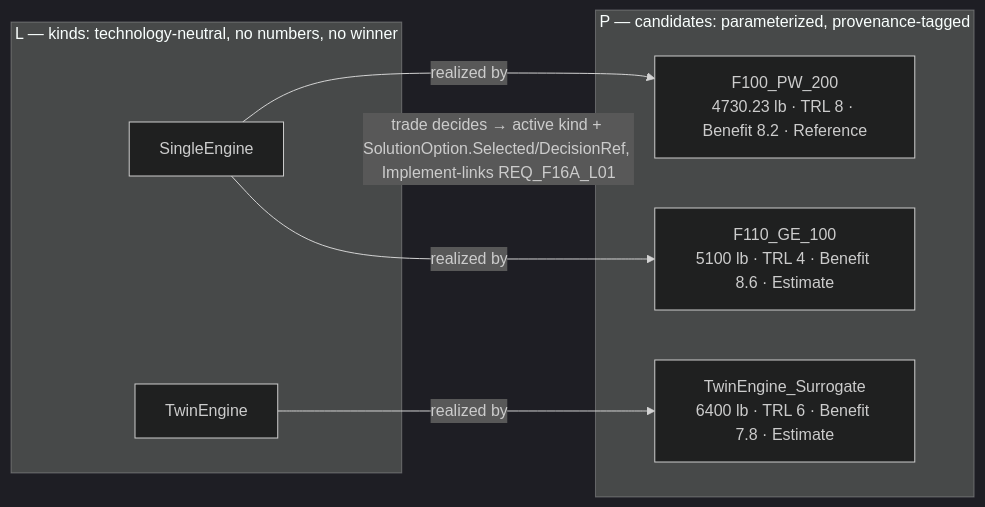
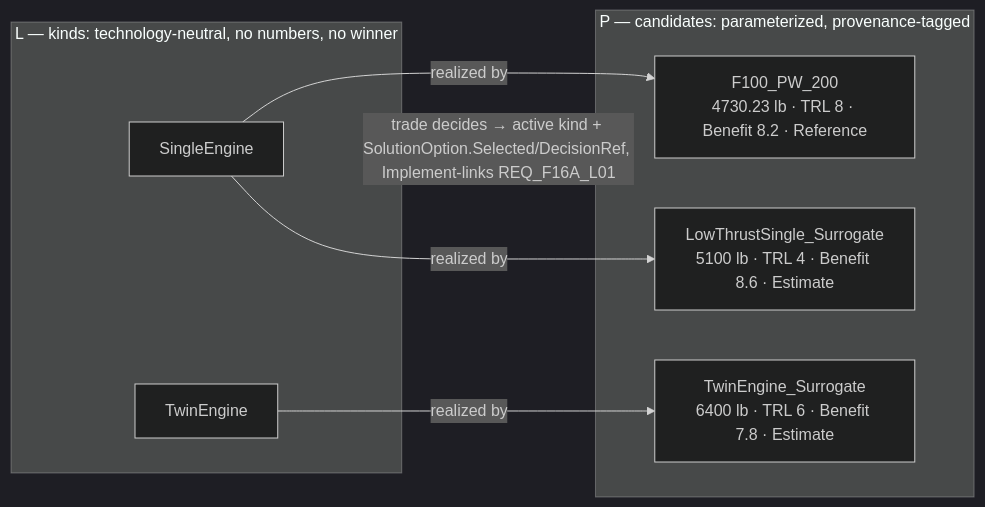
The diagram in air_vehicle_design/mbse/examples/f16a/docs/06_methodology.md (Idopt-Lab/air-vehicle-design), drawn with Mermaid (dark theme) before and after one commit. The commit also changed other lines of this file and 17 other files, not shown here.

````diff
--- a/air_vehicle_design/mbse/examples/f16a/docs/06_methodology.md
+++ b/air_vehicle_design/mbse/examples/f16a/docs/06_methodology.md
@@ -30,16 +30,16 @@
 ```mermaid
 graph LR
   subgraph L["L — kinds: technology-neutral, no numbers, no winner"]
     K1["SingleEngine"]
     K2["TwinEngine"]
   end
   subgraph P["P — candidates: parameterized, provenance-tagged"]
     C1["F100_PW_200<br/>4730.23 lb · TRL 8 · Benefit 8.2 · Reference"]
-    C2["F110_GE_100<br/>5100 lb · TRL 4 · Benefit 8.6 · Estimate"]
+    C2["LowThrustSingle_Surrogate<br/>5100 lb · TRL 4 · Benefit 8.6 · Estimate"]
     C3["TwinEngine_Surrogate<br/>6400 lb · TRL 6 · Benefit 7.8 · Estimate"]
   end
   K1 -- "realized by" --> C1
   K1 -- "realized by" --> C2
   K2 -- "realized by" --> C3
   P -. "trade decides → active kind + SolutionOption.Selected/DecisionRef, Implement-links REQ_F16A_L01" .-> L
 ```
````
